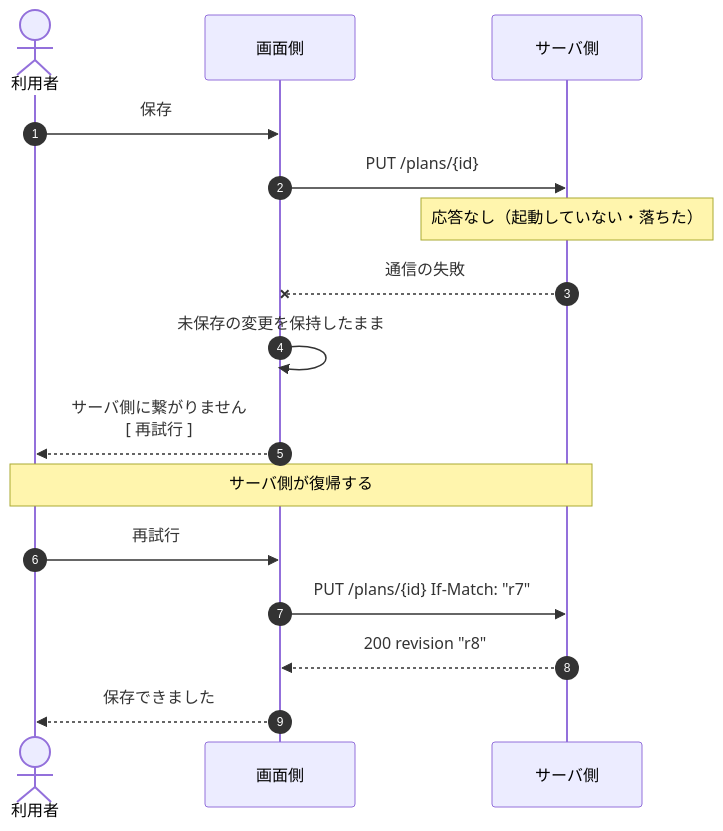
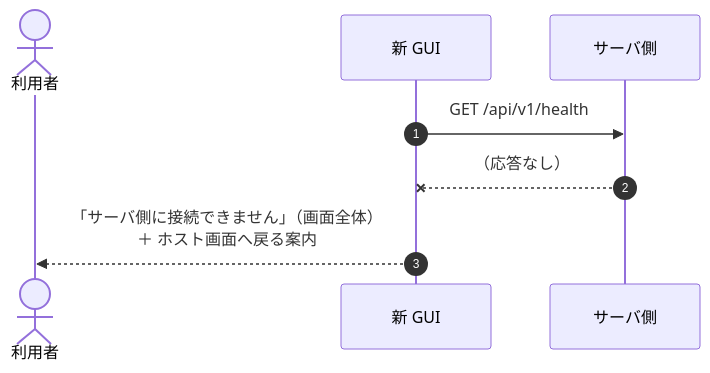
The third of 4 diagrams in docs/interface/23-sequences.md (chidiremen/ccpm-update-support), drawn with Mermaid before and after one commit. The commit also changed other lines of this file and 23 other files, not shown here.

````diff
--- a/docs/interface/23-sequences.md
+++ b/docs/interface/23-sequences.md
@@ -171,21 +105,11 @@
 ```mermaid
 sequenceDiagram
     autonumber
     actor U as 利用者
-    participant F as 画面側
+    participant F as 新 GUI
     participant S as サーバ側
 
-    U->>F: 保存
-    F->>S: PUT /plans/{id}
-    Note over S: 応答なし（起動していない・落ちた）
-    S--xF: 通信の失敗
-
-    F->>F: 未保存の変更を保持したまま
-    F-->>U: サーバ側に繋がりません<br/>[ 再試行 ]
-
-    Note over U,S: サーバ側が復帰する
-    U->>F: 再試行
-    F->>S: PUT /plans/{id}  If-Match: "r7"
-    S-->>F: 200 revision "r8"
-    F-->>U: 保存できました
+    F->>S: GET /api/v1/health
+    S--xF: （応答なし）
+    F-->>U: 「サーバ側に接続できません」（画面全体）<br/>＋ ホスト画面へ戻る案内
 ```
````
